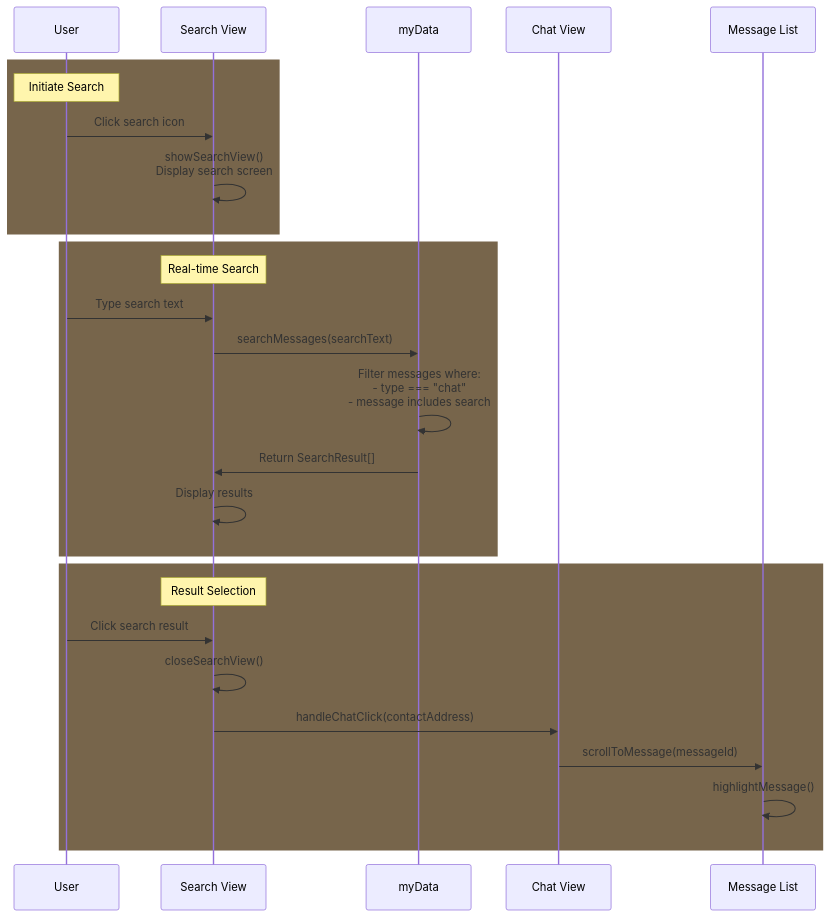
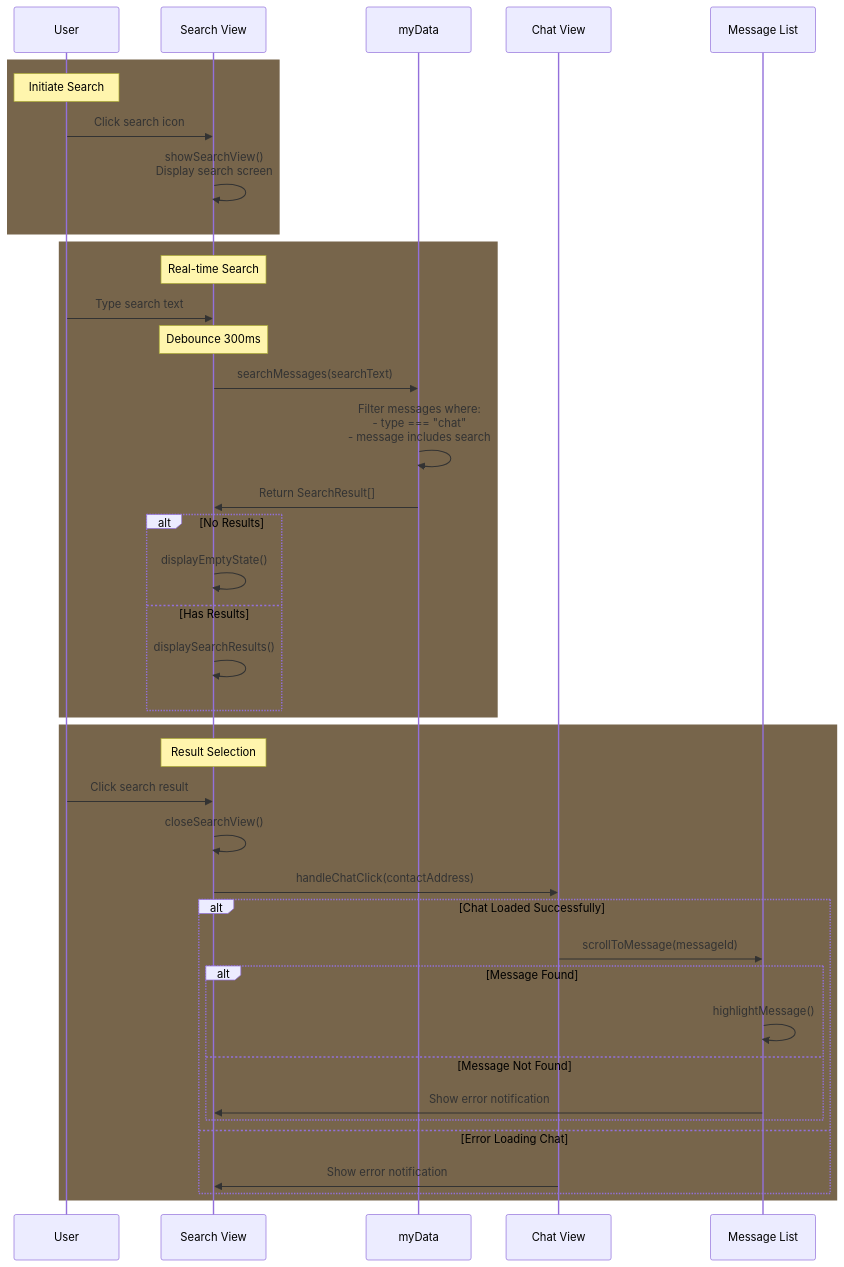
The diagram in data_structures_flow/chat-search-flow.md (silver83p/web-client-v2), drawn with Mermaid before and after one commit.

Commit message:
Update chat search flow diagram with detailed interaction scenarios
- Add debounce mechanism for search input
- Implement conditional handling for search results (empty/populated states)
- Enhance error management for chat loading and message scrolling
- Improve sequence diagram with more granular interaction details

````diff
--- a/data_structures_flow/chat-search-flow.md
+++ b/data_structures_flow/chat-search-flow.md
@@ -17,32 +17,45 @@
 ```mermaid
 sequenceDiagram
     participant User
     participant Search as Search View
     participant Data as myData
     participant Chat as Chat View
     participant Message as Message List
 
     rect rgb(119, 101, 75)
         Note over User: Initiate Search
         User->>Search: Click search icon
         Search->>Search: showSearchView()<br/>Display search screen
     end
 
     rect rgb(119, 101, 75)
         Note over Search: Real-time Search
         User->>Search: Type search text
+        Note over Search: Debounce 300ms
         Search->>Data: searchMessages(searchText)
         Data->>Data: Filter messages where:<br/>- type === "chat"<br/>- message includes search
         Data->>Search: Return SearchResult[]
-        Search->>Search: Display results
+        alt No Results
+            Search->>Search: displayEmptyState()
+        else Has Results
+            Search->>Search: displaySearchResults()
+        end
     end
 
     rect rgb(119, 101, 75)
         Note over Search: Result Selection
         User->>Search: Click search result
         Search->>Search: closeSearchView()
         Search->>Chat: handleChatClick(contactAddress)
-        Chat->>Message: scrollToMessage(messageId)
-        Message->>Message: highlightMessage()
+        alt Chat Loaded Successfully
+            Chat->>Message: scrollToMessage(messageId)
+            alt Message Found
+                Message->>Message: highlightMessage()
+            else Message Not Found
+                Message->>Search: Show error notification
+            end
+        else Error Loading Chat
+            Chat->>Search: Show error notification
+        end
     end
 ```
````
